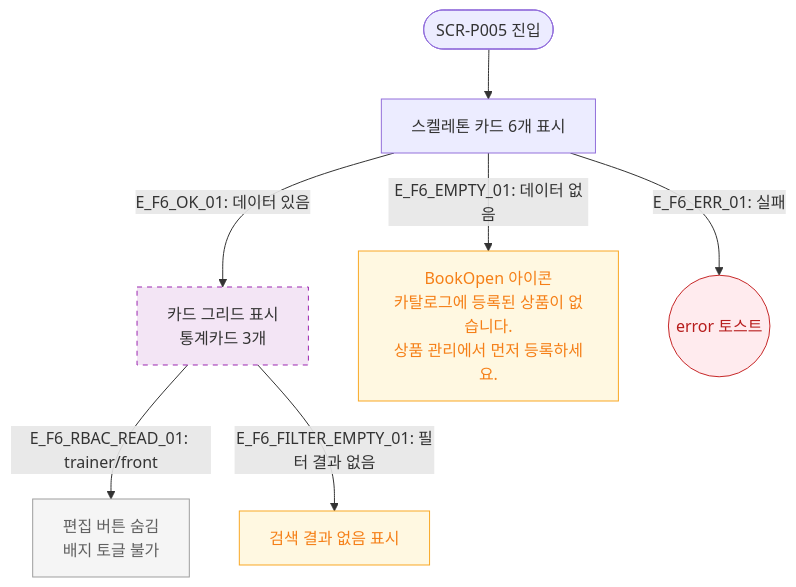
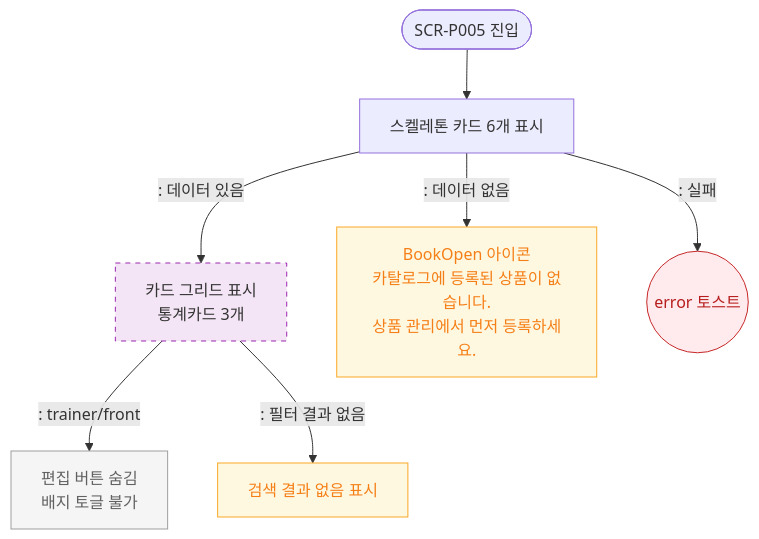
Before and after one commit to dev-spogym/admin-pando: the diagram in docs/다이어그램/D05_상품관리/SCR-P005_상품카탈로그/F6_상태별화면.md, drawn with Mermaid. The commit also changed other lines of this file and 1660 other files, not shown here.

First line of the commit message:
다이어그램: 기획자/클라이언트 납품본으로 정리

````diff
--- a/docs/다이어그램/D05_상품관리/SCR-P005_상품카탈로그/F6_상태별화면.md
+++ b/docs/다이어그램/D05_상품관리/SCR-P005_상품카탈로그/F6_상태별화면.md
@@ -16,19 +14,19 @@
 ```mermaid
 flowchart TD
     ENTER([SCR-P005 진입]) --> Loading[스켈레톤 카드 6개 표시]
-    Loading -->|"E_F6_OK_01: 데이터 있음"| StateNormal[카드 그리드 표시\n통계카드 3개]
-    Loading -->|"E_F6_EMPTY_01: 데이터 없음"| StateEmpty[BookOpen 아이콘\n카탈로그에 등록된 상품이 없습니다.\n상품 관리에서 먼저 등록하세요.]
-    Loading -->|"E_F6_ERR_01: 실패"| StateErr((error 토스트))
+    Loading -->|": 데이터 있음"|StateNormal[카드 그리드 표시\n통계카드 3개]
+    Loading -->|": 데이터 없음"|StateEmpty[BookOpen 아이콘\n카탈로그에 등록된 상품이 없습니다.\n상품 관리에서 먼저 등록하세요.]
+    Loading -->|": 실패"|StateErr((error 토스트))
 
-    StateNormal -->|"E_F6_RBAC_READ_01: trainer/front"| ReadOnly[편집 버튼 숨김\n배지 토글 불가]
-    StateNormal -->|"E_F6_FILTER_EMPTY_01: 필터 결과 없음"| FilterEmpty[검색 결과 없음 표시]
+    StateNormal -->|": trainer/front"|ReadOnly[편집 버튼 숨김\n배지 토글 불가]
+    StateNormal -->|": 필터 결과 없음"|FilterEmpty[검색 결과 없음 표시]
 
     classDef screen fill:#F3E5F5,stroke:#9C27B0,stroke-dasharray:5 5
     classDef warning fill:#FFF8E1,stroke:#F9A825,color:#F57F17
     classDef error fill:#FFEBEE,stroke:#C62828,color:#B71C1C
     classDef rbacBlocked fill:#F5F5F5,stroke:#9E9E9E,color:#616161
     class StateNormal screen
     class StateEmpty,FilterEmpty warning
     class StateErr error
     class ReadOnly rbacBlocked
 ```
````
